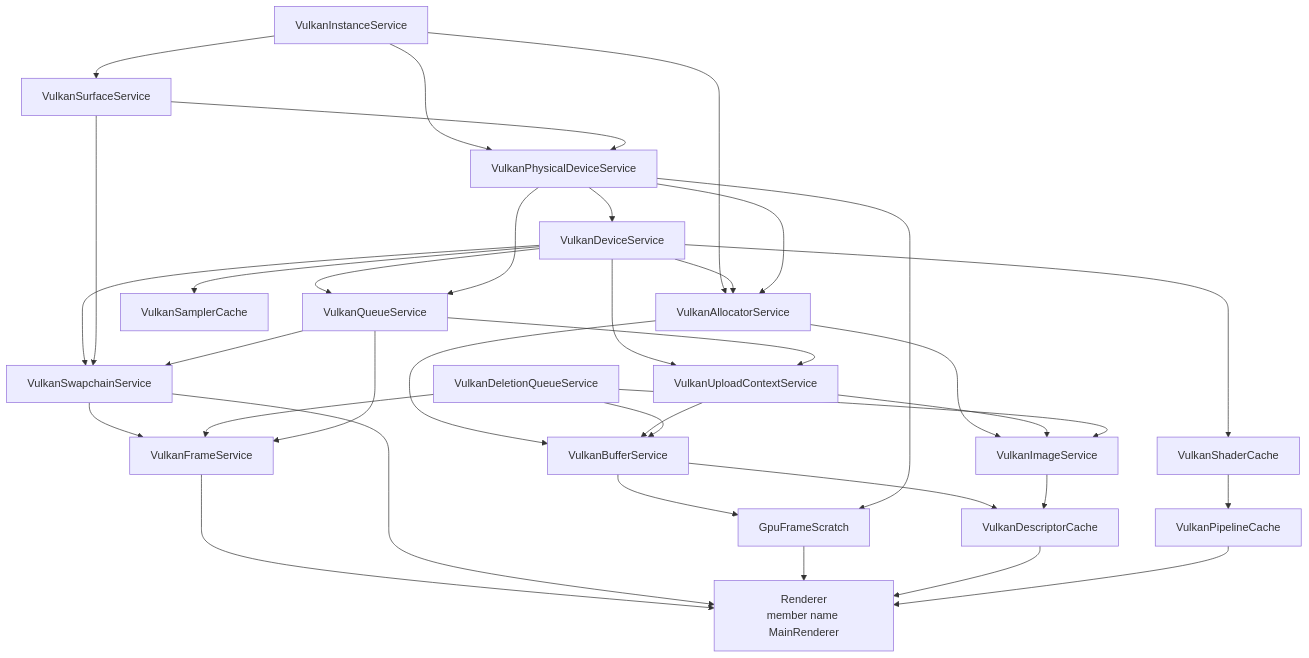
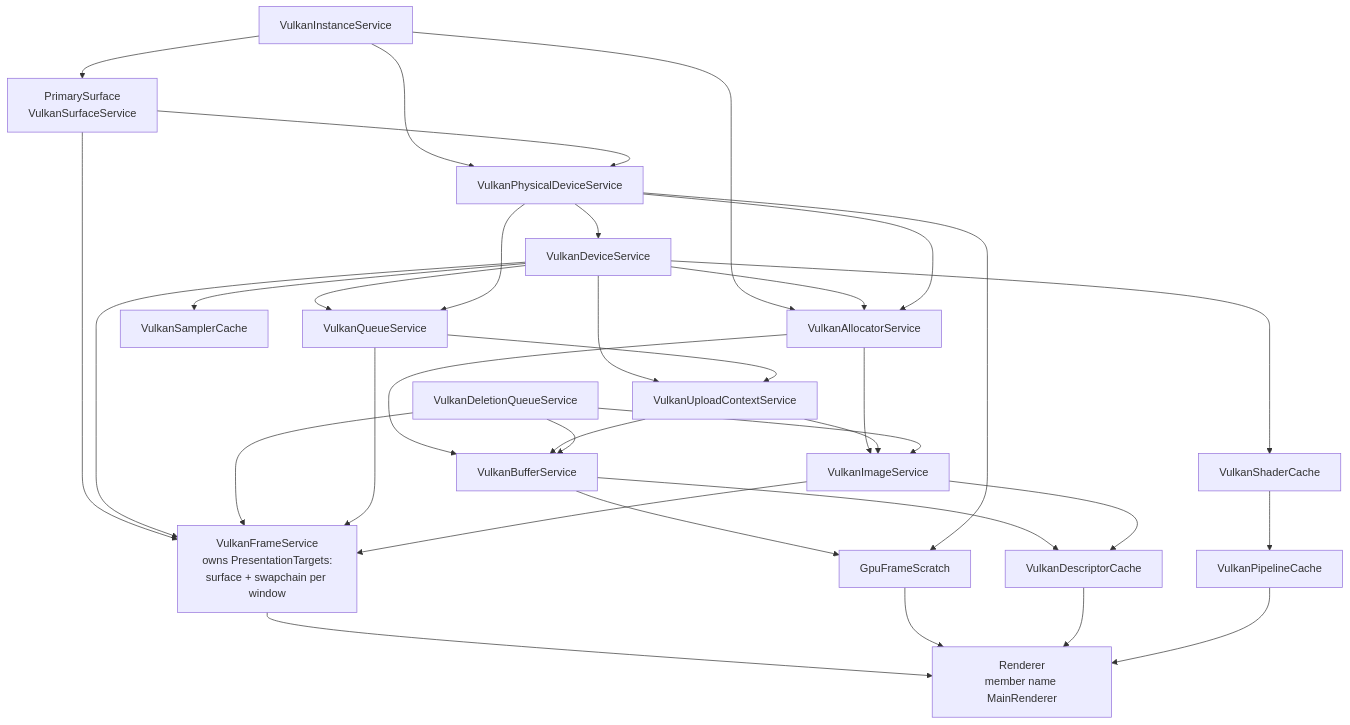
One commit to GavynBryan/Sencha changed the first of 2 diagrams in docs/renderer/architecture.md. Above: the diagram before and after it, drawn with Mermaid. The commit also changed 37 other files, not shown here.

````diff
--- a/docs/renderer/architecture.md
+++ b/docs/renderer/architecture.md
@@ -56,39 +56,37 @@
 ```mermaid
 graph TD
-  Instance[VulkanInstanceService] --> Surface[VulkanSurfaceService]
+  Instance[VulkanInstanceService] --> Surface[PrimarySurface<br/>VulkanSurfaceService]
   Instance --> Phys[VulkanPhysicalDeviceService]
   Surface --> Phys
   Phys --> Device[VulkanDeviceService]
   Device --> Queues[VulkanQueueService]
   Phys --> Queues
   Instance --> Alloc[VulkanAllocatorService]
   Device --> Alloc
   Phys --> Alloc
   Device --> Upload[VulkanUploadContextService]
   Queues --> Upload
   DelQ[VulkanDeletionQueueService]
   Alloc --> Buffers[VulkanBufferService]
   Upload --> Buffers
   DelQ --> Buffers
   Alloc --> Images[VulkanImageService]
   Upload --> Images
   DelQ --> Images
   Device --> Samplers[VulkanSamplerCache]
   Device --> Shaders[VulkanShaderCache]
   Shaders --> Pipelines[VulkanPipelineCache]
   Buffers --> Desc[VulkanDescriptorCache]
   Images --> Desc
   Buffers --> Scratch[GpuFrameScratch]
   Phys --> Scratch
-  Device --> Swap[VulkanSwapchainService]
-  Surface --> Swap
-  Queues --> Swap
-  Swap --> Frames[VulkanFrameService]
+  Surface --> Frames[VulkanFrameService<br/>owns PresentationTargets:<br/>surface + swapchain per window]
+  Device --> Frames
   DelQ --> Frames
   Queues --> Frames
+  Images --> Frames
   Frames --> Renderer[Renderer<br/>member name MainRenderer]
-  Swap --> Renderer
   Scratch --> Renderer
   Desc --> Renderer
   Pipelines --> Renderer
 ```
````
